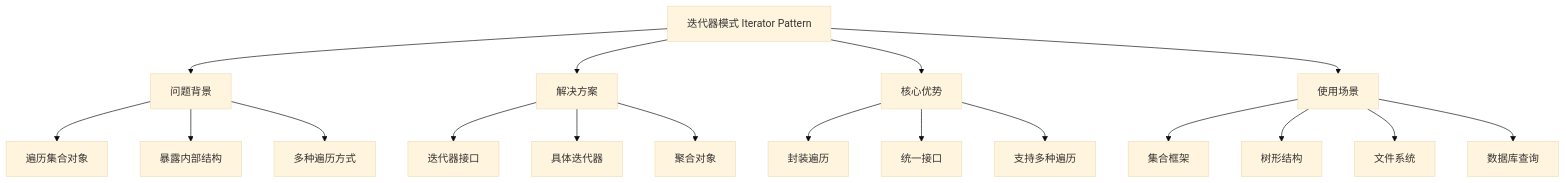
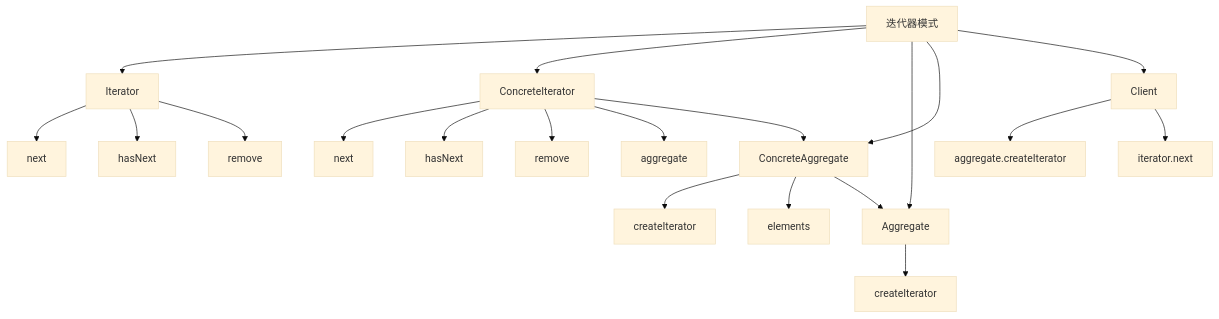
The diagram in 计算机/编程基础/设计模式/05-行为型模式/05-迭代器模式.md (Anping2017/obsidian), drawn with Mermaid (base theme) before and after one commit. The commit also changed other lines of this file and 622 other files, not shown here.

````diff
--- a/计算机/编程基础/设计模式/05-行为型模式/05-迭代器模式.md
+++ b/计算机/编程基础/设计模式/05-行为型模式/05-迭代器模式.md
@@ -8,24 +8,28 @@
 ```mermaid
 graph TD
-    A[迭代器模式 Iterator Pattern] --> B[问题背景]
-    A --> C[解决方案]
-    A --> D[核心优势]
-    A --> E[使用场景]
+    A[迭代器模式] --> B[Iterator]
+    A --> C[ConcreteIterator]
+    A --> D[Aggregate]
+    A --> E[ConcreteAggregate]
+    A --> F[Client]
     
-    B --> B1[遍历集合对象]
-    B --> B2[暴露内部结构]
-    B --> B3[多种遍历方式]
+    B --> B1[next]
+    B --> B2[hasNext]
+    B --> B3[remove]
     
-    C --> C1[迭代器接口]
-    C --> C2[具体迭代器]
-    C --> C3[聚合对象]
+    C --> C1[next]
+    C --> C2[hasNext]
+    C --> C3[remove]
+    C --> C4[aggregate]
     
-    D --> D1[封装遍历]
-    D --> D2[统一接口]
-    D --> D3[支持多种遍历]
+    D --> D1[createIterator]
     
-    E --> E1[集合框架]
-    E --> E2[树形结构]
-    E --> E3[文件系统]
-    E --> E4[数据库查询]
+    E --> E1[createIterator]
+    E --> E2[elements]
+    
+    F --> F1[aggregate.createIterator]
+    F --> F2[iterator.next]
+    
+    C --> E
+    E --> D
 ```
````
